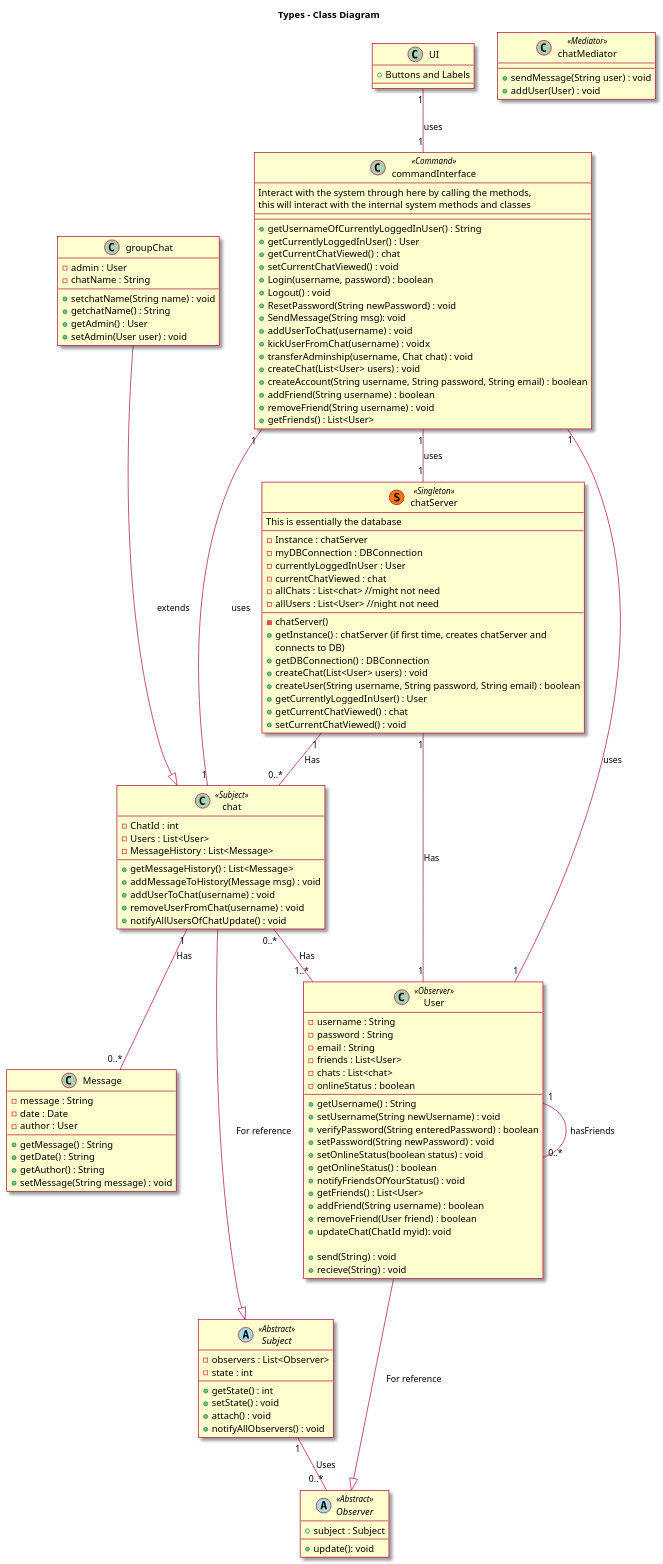
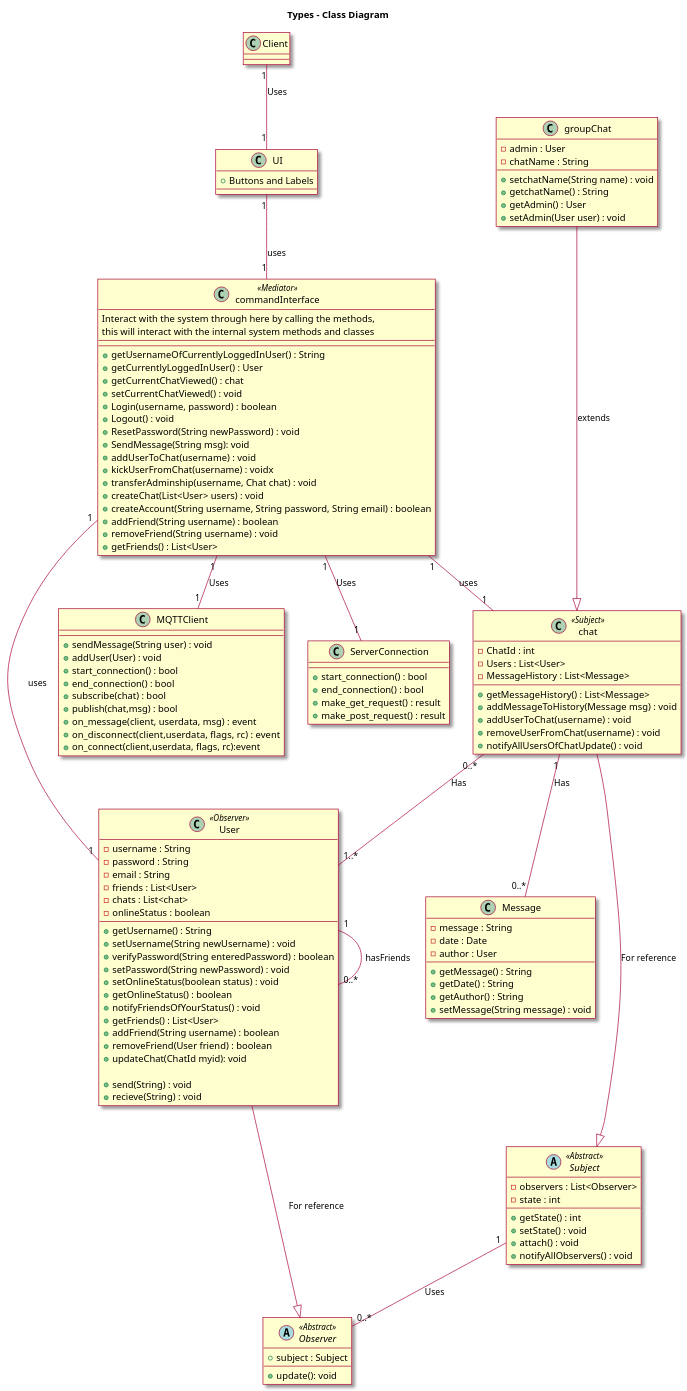
The diagram in diagrams/class_diagram.wsd (UBCO-COSC-310-Winter-2022-T2/the-project-marbl), drawn with PlantUML before and after one commit.

Commit message:
Updated client uml diagram

```diff
--- a/diagrams/class_diagram.wsd
+++ b/diagrams/class_diagram.wsd
@@ -1,156 +1,149 @@
 @startuml
 
 skin rose
 
 title Types - Class Diagram
 
 
 skinparam componentStyle uml2
-
+class Client{}
+Client "1"--"1" UI: Uses
 
 class Message{
     - message : String
     - date : Date
     - author : User
     +getMessage() : String
     +getDate() : String
     +getAuthor() : String
     +setMessage(String message) : void
 }
 
 class User <<Observer>> {
     -username : String
     -password : String
     -email : String
     -friends : List<User>
     -chats : List<chat>
     -onlineStatus : boolean
 
     +getUsername() : String
     +setUsername(String newUsername) : void
     +verifyPassword(String enteredPassword) : boolean
     +setPassword(String newPassword) : void
     +setOnlineStatus(boolean status) : void
     +getOnlineStatus() : boolean
     +notifyFriendsOfYourStatus() : void
     +getFriends() : List<User>
     +addFriend(String username) : boolean
     +removeFriend(User friend) : boolean
     +updateChat(ChatId myid): void
 
     +send(String) : void
     +recieve(String) : void
 }
 
 User "1"--"0..*" User : hasFriends
 
-Class chatMediator <<Mediator>> {
+Class MQTTClient {
     +sendMessage(String user) : void
     +addUser(User) : void
+    +start_connection() : bool
+    +end_connection() : bool
+    +subscribe(chat) : bool
+    +publish(chat,msg) : bool
+    +on_message(client, userdata, msg) : event
+    +on_disconnect(client,userdata, flags, rc)  : event
+    +on_connect(client,userdata, flags, rc):event
 }
 
+commandInterface "1"--"1" MQTTClient: Uses
 
+Class ServerConnection {
+    +start_connection() : bool
+    +end_connection() : bool
+    +make_get_request() : result
+    +make_post_request() : result
+ }
+ 
+ commandInterface "1"--"1" ServerConnection: Uses
 
 Abstract Observer <<Abstract>> {
     +subject : Subject
     +update(): void
 }
 
 Abstract Subject <<Abstract>> {
     -observers : List<Observer>
     -state : int
     +getState() : int
     +setState() : void
     +attach() : void
     +notifyAllObservers() : void
 }
 
 Subject "1"--"0..*" Observer : Uses
 
 
 Class groupChat {
     -admin : User
     -chatName : String
     +setchatName(String name) : void
     +getchatName() : String
     +getAdmin() : User
     +setAdmin(User user) : void
 }
 
 Class chat <<Subject>> {
     -ChatId : int
     -Users : List<User>
     -MessageHistory : List<Message>
     +getMessageHistory() : List<Message>
     +addMessageToHistory(Message msg) : void
     +addUserToChat(username) : void
     +removeUserFromChat(username) : void
     +notifyAllUsersOfChatUpdate() : void
 }
 
 chat "0..*" -- "1..*" User : Has
 
 chat "1" -- "0..*" Message : Has
 
 groupChat---|> chat : extends
 
 chat ---|> Subject : For reference
 User ---|> Observer : For reference
 
-class chatServer << (S,#FF7700) Singleton >>{
-    This is essentially the database
-    --
-    -Instance : chatServer
-    -myDBConnection : DBConnection
-    -currentlyLoggedInUser : User
-    -currentChatViewed : chat
-    -allChats : List<chat> //might not need
-    -allUsers : List<User> //night not need
-    --
-    -chatServer()
-    +getInstance() : chatServer (if first time, creates chatServer and
-    connects to DB)
-    +getDBConnection() : DBConnection
-    +createChat(List<User> users) : void
-    +createUser(String username, String password, String email) : boolean
-    +getCurrentlyLoggedInUser() : User
-    +getCurrentChatViewed() : chat
-    +setCurrentChatViewed() : void
-}
-chatServer "1" -- "0..*" chat : Has
-chatServer "1" -- "1" User : Has
-
-class commandInterface <<Command>> {
+class commandInterface <<Mediator>> {
     Interact with the system through here by calling the methods,
     this will interact with the internal system methods and classes
     --
     --
     +getUsernameOfCurrentlyLoggedInUser() : String
     +getCurrentlyLoggedInUser() : User
     +getCurrentChatViewed() : chat
     +setCurrentChatViewed() : void
     +Login(username, password) : boolean
     +Logout() : void
     +ResetPassword(String newPassword) : void
     +SendMessage(String msg): void
     +addUserToChat(username) : void
     +kickUserFromChat(username) : voidx
     +transferAdminship(username, Chat chat) : void
     +createChat(List<User> users) : void
     +createAccount(String username, String password, String email) : boolean
     +addFriend(String username) : boolean
     +removeFriend(String username) : void
     +getFriends() : List<User>
 }
 
 commandInterface "1" -- "1" User : uses
-commandInterface "1" -- "1" chatServer : uses
 commandInterface "1" -- "1" chat: uses
 
 class UI {
     +Buttons and Labels
 }
 
 UI "1" -- "1" commandInterface : uses
 
 @enduml
```
